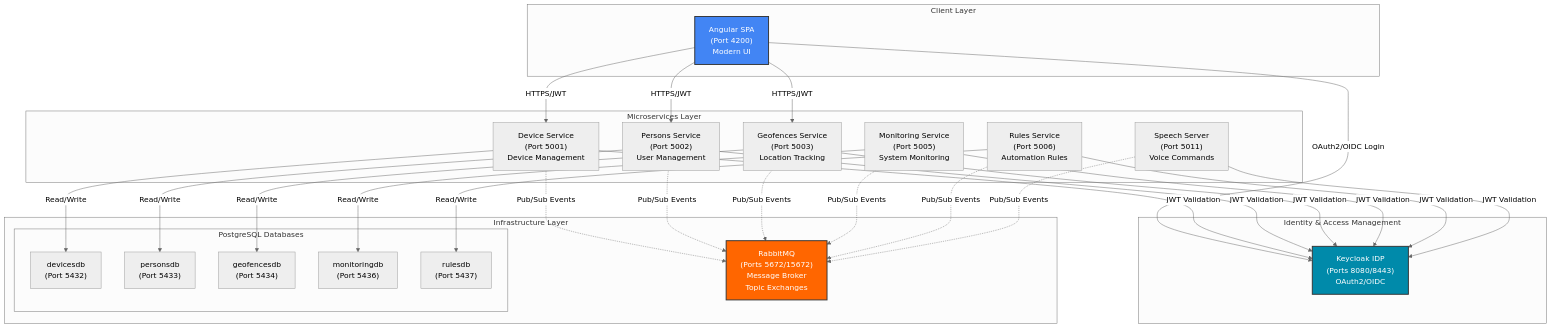
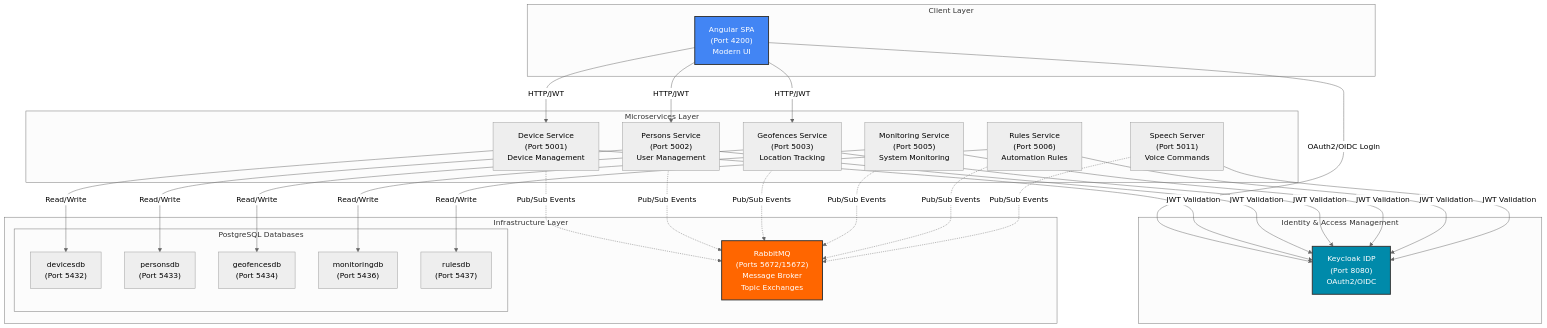
The first of 4 diagrams in README.md (fondencn/sarah), drawn with Mermaid (neutral theme) before and after one commit. The commit also changed other lines of this file and 61 other files, not shown here.

Commit message:
fix http ssl by removing https completely

````diff
--- a/README.md
+++ b/README.md
@@ -39,64 +39,64 @@
 ```mermaid
 graph TB
     subgraph "Client Layer"
         Angular["Angular SPA<br/>(Port 4200)<br/>Modern UI"]
     end
     
     subgraph "Identity & Access Management"
-        Keycloak["Keycloak IDP<br/>(Ports 8080/8443)<br/>OAuth2/OIDC"]
+        Keycloak["Keycloak IDP<br/>(Port 8080)<br/>OAuth2/OIDC"]
     end
     
     subgraph "Microservices Layer"
         DeviceService["Device Service<br/>(Port 5001)<br/>Device Management"]
         PersonsService["Persons Service<br/>(Port 5002)<br/>User Management"]
         GeofencesService["Geofences Service<br/>(Port 5003)<br/>Location Tracking"]
         MonitoringService["Monitoring Service<br/>(Port 5005)<br/>System Monitoring"]
         RulesService["Rules Service<br/>(Port 5006)<br/>Automation Rules"]
         SpeechServer["Speech Server<br/>(Port 5011)<br/>Voice Commands"]
     end
     
     subgraph "Infrastructure Layer"
         RabbitMQ["RabbitMQ<br/>(Ports 5672/15672)<br/>Message Broker<br/>Topic Exchanges"]
         
         subgraph "PostgreSQL Databases"
             DB1["devicesdb<br/>(Port 5432)"]
             DB2["personsdb<br/>(Port 5433)"]
             DB3["geofencesdb<br/>(Port 5434)"]
             DB4["monitoringdb<br/>(Port 5436)"]
             DB5["rulesdb<br/>(Port 5437)"]
         end
     end
     
     %% Client connections
-    Angular -->|HTTPS/JWT| DeviceService
-    Angular -->|HTTPS/JWT| PersonsService
-    Angular -->|HTTPS/JWT| GeofencesService
+    Angular -->|HTTP/JWT| DeviceService
+    Angular -->|HTTP/JWT| PersonsService
+    Angular -->|HTTP/JWT| GeofencesService
     Angular -->|OAuth2/OIDC Login| Keycloak
     
     %% Microservice authentication
     DeviceService -->|JWT Validation| Keycloak
     PersonsService -->|JWT Validation| Keycloak
     GeofencesService -->|JWT Validation| Keycloak
     MonitoringService -->|JWT Validation| Keycloak
     RulesService -->|JWT Validation| Keycloak
     SpeechServer -->|JWT Validation| Keycloak
     
     %% Event-driven communication (RabbitMQ)
     DeviceService -.->|Pub/Sub Events| RabbitMQ
     PersonsService -.->|Pub/Sub Events| RabbitMQ
     GeofencesService -.->|Pub/Sub Events| RabbitMQ
     MonitoringService -.->|Pub/Sub Events| RabbitMQ
     RulesService -.->|Pub/Sub Events| RabbitMQ
     SpeechServer -.->|Pub/Sub Events| RabbitMQ
     
     %% Database connections
     DeviceService -->|Read/Write| DB1
     PersonsService -->|Read/Write| DB2
     GeofencesService -->|Read/Write| DB3
     MonitoringService -->|Read/Write| DB4
     RulesService -->|Read/Write| DB5
     
     style Angular fill:#4285f4,stroke:#333,stroke-width:2px,color:#fff
     style Keycloak fill:#008aaa,stroke:#333,stroke-width:2px,color:#fff
     style RabbitMQ fill:#ff6600,stroke:#333,stroke-width:2px,color:#fff
 ```
````
